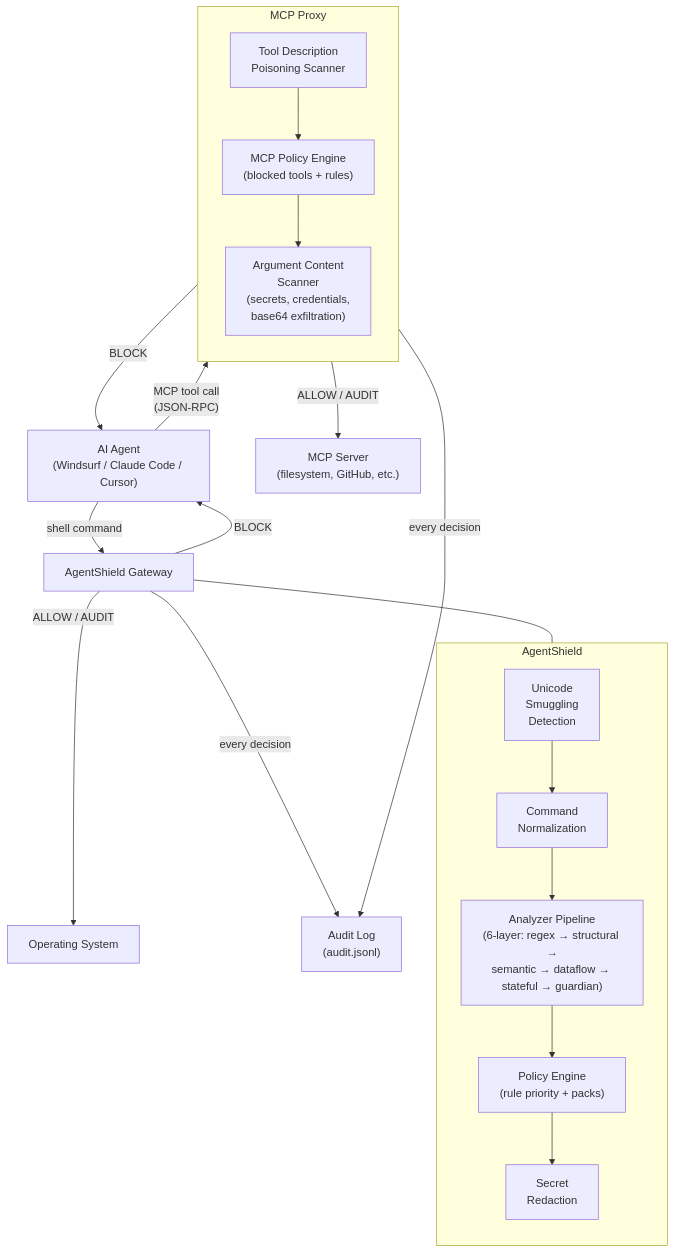
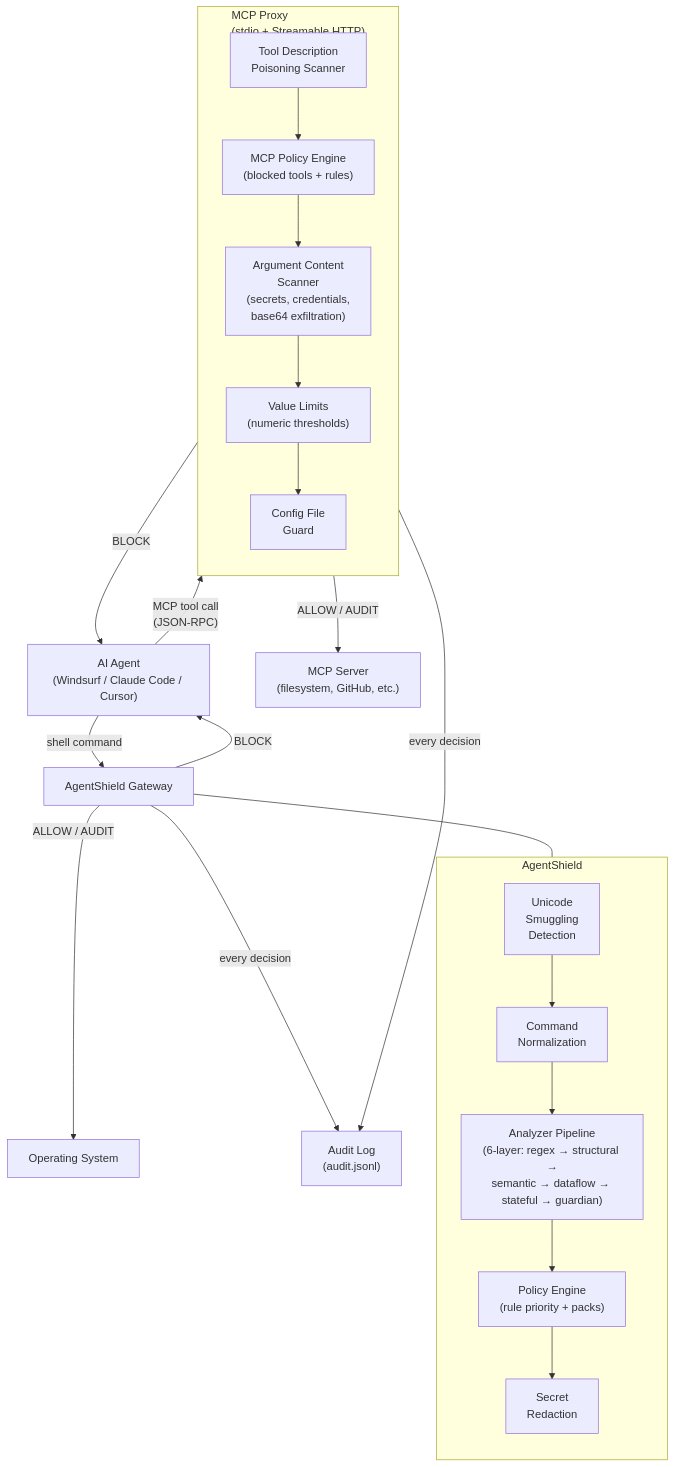
Before and after one commit to security-researcher-ca/AI-Agentic-Shield: the first of 3 diagrams in docs/architecture.md, drawn with Mermaid. The commit also changed other lines of this file and 5 other files, not shown here.

First line of the commit message:
docs: update policy guide, architecture, add agent integration guide

````diff
--- a/docs/architecture.md
+++ b/docs/architecture.md
@@ -7,39 +7,41 @@
 ```mermaid
 flowchart TB
     Agent["AI Agent\n(Windsurf / Claude Code / Cursor)"]
     AS["AgentShield Gateway"]
     OS["Operating System"]
     MCP["MCP Server\n(filesystem, GitHub, etc.)"]
     Log["Audit Log\n(audit.jsonl)"]
 
     Agent -->|"shell command"| AS
     AS -->|"ALLOW / AUDIT"| OS
     AS -->|"BLOCK"| Agent
     AS -->|"every decision"| Log
 
     Agent -->|"MCP tool call\n(JSON-RPC)"| MCPP
     MCPP -->|"ALLOW / AUDIT"| MCP
     MCPP -->|"BLOCK"| Agent
     MCPP -->|"every decision"| Log
 
     subgraph AgentShield
         direction TB
         Unicode["Unicode\nSmuggling\nDetection"]
         Norm["Command\nNormalization"]
         Pipeline["Analyzer Pipeline\n(6-layer: regex → structural →\nsemantic → dataflow → stateful → guardian)"]
         Policy["Policy Engine\n(rule priority + packs)"]
         Redact["Secret\nRedaction"]
 
         Unicode --> Norm --> Pipeline --> Policy --> Redact
     end
 
-    subgraph MCPP["MCP Proxy"]
+    subgraph MCPP["MCP Proxy\n(stdio + Streamable HTTP)"]
         direction TB
         DescScan["Tool Description\nPoisoning Scanner"]
         MCPPolicy["MCP Policy Engine\n(blocked tools + rules)"]
         ContentScan["Argument Content\nScanner\n(secrets, credentials,\nbase64 exfiltration)"]
-        DescScan --> MCPPolicy --> ContentScan
+        ValueLim["Value Limits\n(numeric thresholds)"]
+        ConfigGuard["Config File\nGuard"]
+        DescScan --> MCPPolicy --> ContentScan --> ValueLim --> ConfigGuard
     end
 
     AS --- AgentShield
 ```
````
